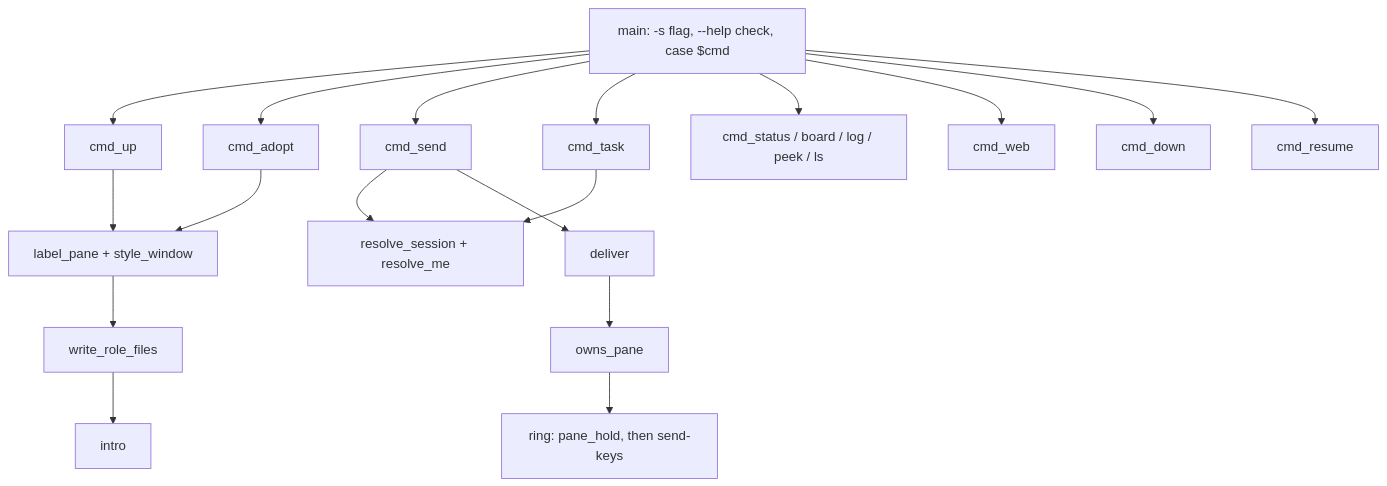
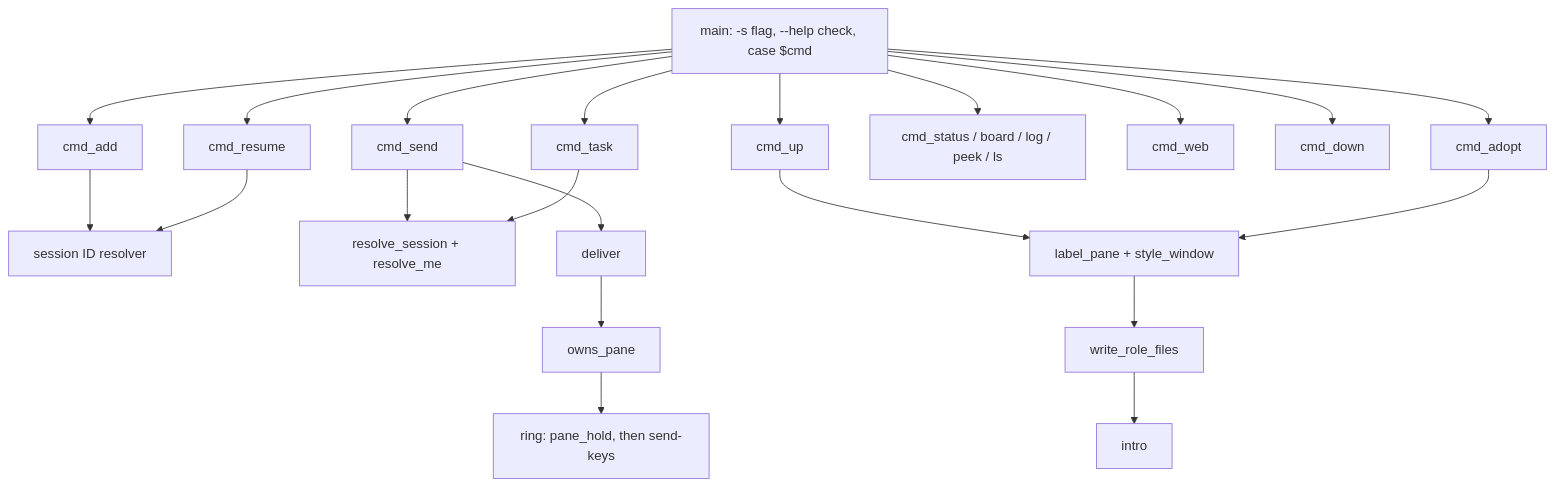
Before and after one commit to mifwar/crew: the diagram in lode/cli/summary.md, drawn with Mermaid. The commit also changed other lines of this file and 7 other files, not shown here.

````diff
--- a/lode/cli/summary.md
+++ b/lode/cli/summary.md
@@ -46,7 +46,8 @@
 ```mermaid
 flowchart TD
-  main["main: -s flag, --help check, case $cmd"] --> up[cmd_up] & adopt[cmd_adopt] & send[cmd_send] & task[cmd_task] & view["cmd_status / board / log / peek / ls"] & web[cmd_web] & down[cmd_down] & resume[cmd_resume]
+  main["main: -s flag, --help check, case $cmd"] --> up[cmd_up] & adopt[cmd_adopt] & add[cmd_add] & send[cmd_send] & task[cmd_task] & view["cmd_status / board / log / peek / ls"] & web[cmd_web] & down[cmd_down] & resume[cmd_resume]
+  add & resume --> session[session ID resolver]
   send & task --> resolve["resolve_session + resolve_me"]
   send --> deliver --> owns[owns_pane] --> ringw["ring: pane_hold, then send-keys"]
   up & adopt --> label[label_pane + style_window] --> roles[write_role_files] --> intro
 ```
````
